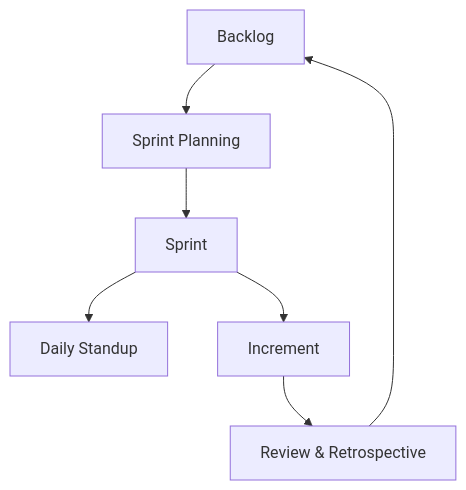
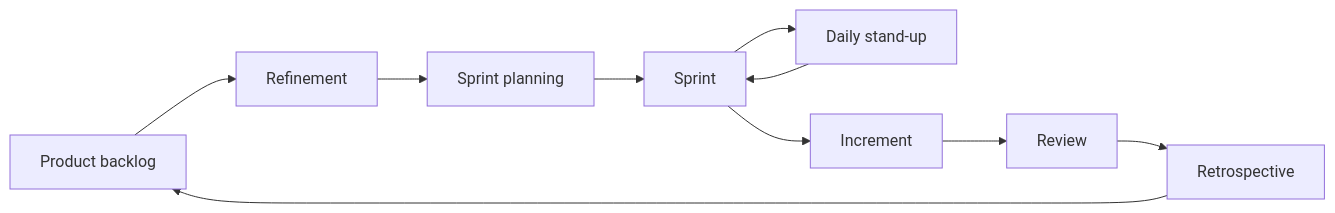
The second of 2 diagrams in 03-agile.qmd (smagurauskas/software-engineering), drawn with Mermaid before and after one commit. The commit also changed other lines of this file, not shown here.

````diff
--- a/03-agile.qmd
+++ b/03-agile.qmd
@@ -114,9 +297,12 @@
 ```{mermaid}
-graph TD
-    A[Backlog] --> B[Sprint Planning]
+graph LR
+    A[Product backlog] --> R[Refinement]
+    R --> B[Sprint planning]
     B --> C[Sprint]
-    C --> D[Daily Standup]
+    C --> D[Daily stand-up]
+    D --> C
     C --> E[Increment]
-    E --> F[Review & Retrospective]
-    F --> A
+    E --> F[Review]
+    F --> G[Retrospective]
+    G --> A
 ```
````
